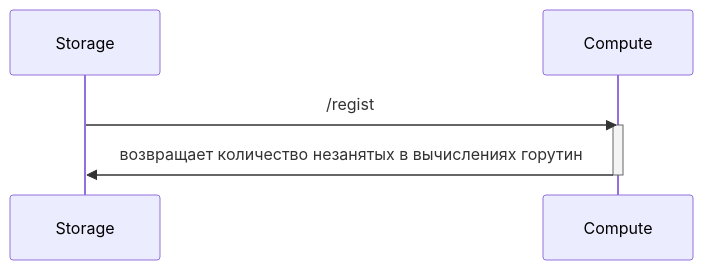
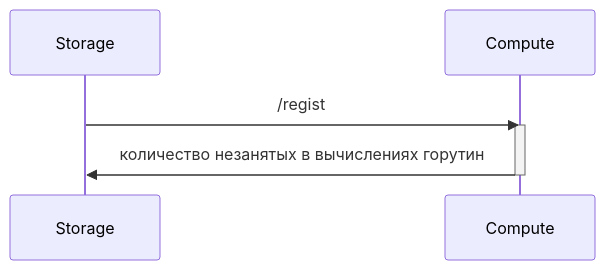
Before and after one commit to XJIeI5/calculator: the ninth of 9 diagrams in README.md, drawn with Mermaid.

````diff
--- a/README.md
+++ b/README.md
@@ -249,10 +249,10 @@
 ```mermaid
 sequenceDiagram
 participant S as Storage
 participant C as Compute
 
 S->>C: /regist
 activate C
-C->>S: возвращает количество незанятых в вычислениях горутин
+C->>S: количество незанятых в вычислениях горутин
 deactivate C
 ```
````
